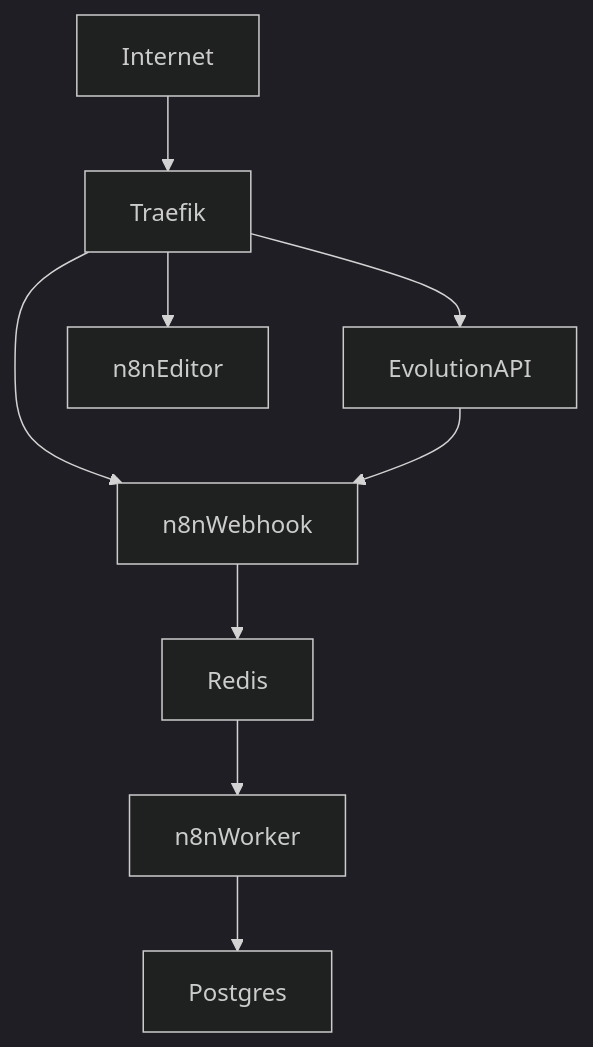
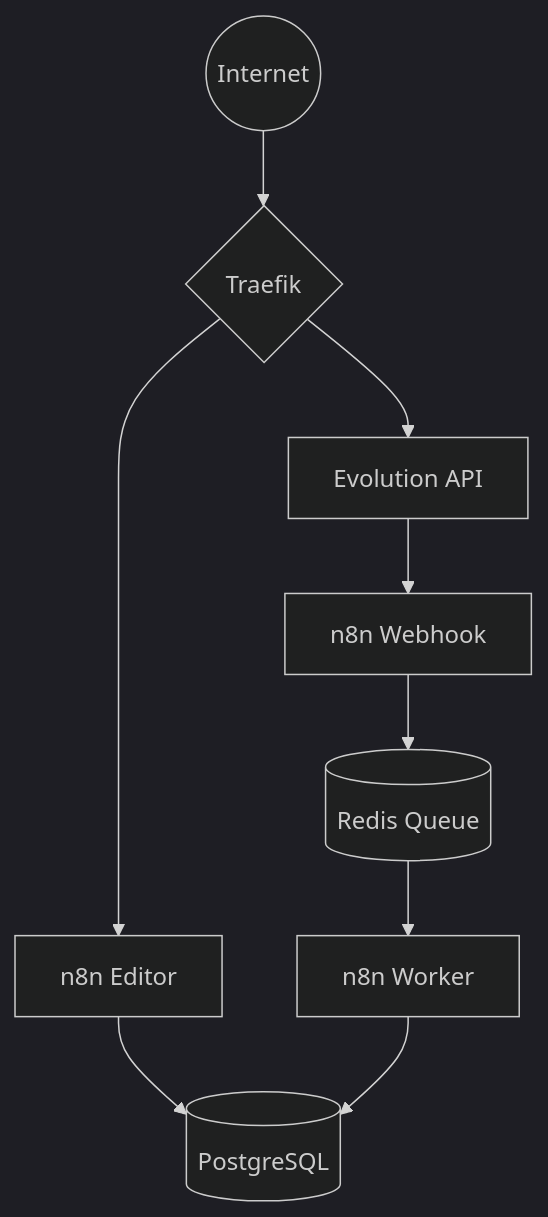
Before and after one commit to fabianluqi/evolutionAK: the first of 2 diagrams in docs/architecture.md, drawn with Mermaid (dark theme).

````diff
--- a/docs/architecture.md
+++ b/docs/architecture.md
@@ -107,13 +107,17 @@
 ```mermaid
 graph TD
 
-Internet --> Traefik
-Traefik --> EvolutionAPI
-Traefik --> n8nWebhook
-Traefik --> n8nEditor
+    Internet((Internet)) --> Traefik{Traefik}
 
-n8nWebhook --> Redis
-Redis --> n8nWorker
-n8nWorker --> Postgres
-EvolutionAPI --> n8nWebhook
+    Traefik --> n8nEditor[n8n Editor]
+    Traefik --> EvolutionAPI[Evolution API]
+
+    EvolutionAPI --> n8nWebhook[n8n Webhook]
+
+    n8nWebhook --> Redis[(Redis Queue)]
+
+    Redis --> n8nWorker[n8n Worker]
+
+    n8nEditor --> Postgres[(PostgreSQL)]
+    n8nWorker --> Postgres
 ```
````
